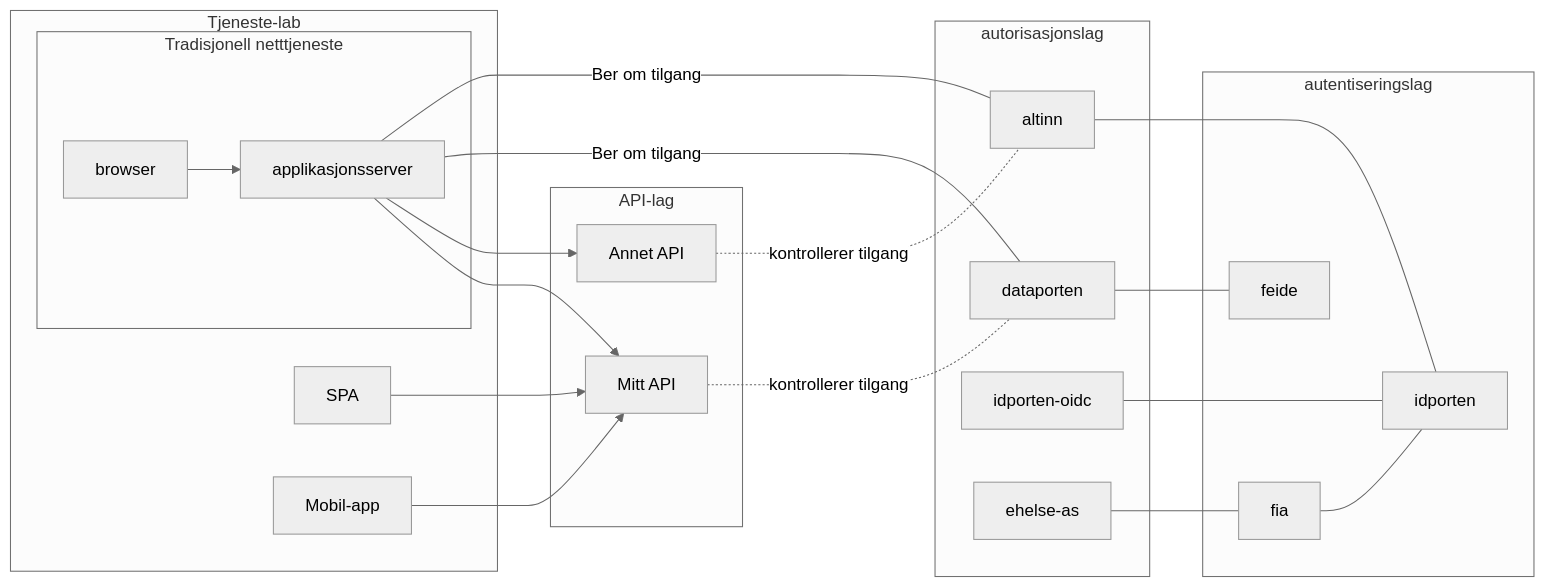
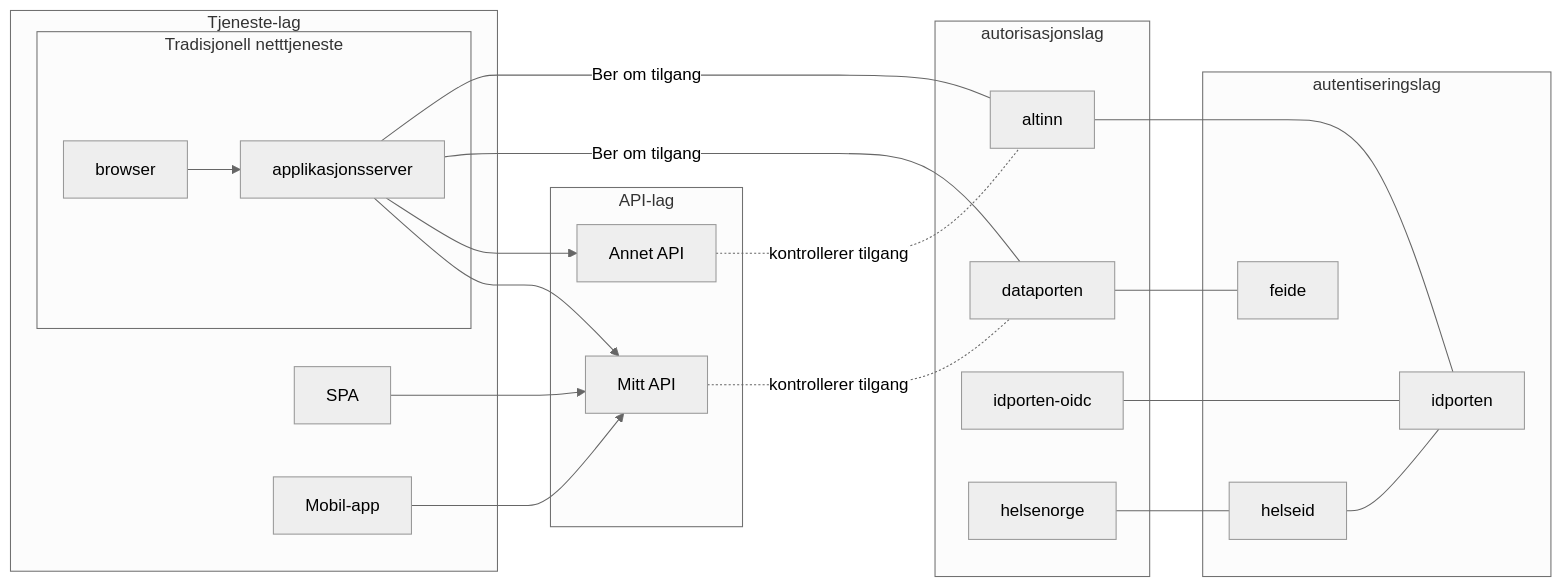
The diagram in pages/oauth2/eoppslag_sbb_oauth2.md (joergenb/oauth2-veileder), drawn with Mermaid (neutral theme) before and after one commit. The commit also changed other lines of this file and 1 other file, not shown here.

```diff
--- a/pages/oauth2/eoppslag_sbb_oauth2.md
+++ b/pages/oauth2/eoppslag_sbb_oauth2.md
@@ -15,49 +15,49 @@
 <div class="mermaid">
 graph LR
 
  subgraph autorisasjonslag
   dataporten
   altinn
   idporten-oidc
-  ehelse-as
+  helsenorge
  end
 
  subgraph API-lag
   mittapi["Mitt API"]
   dittapi["Annet API"]
 
   mittapi-. kontrollerer tilgang .- dataporten
   dittapi-. kontrollerer tilgang .- altinn
  end
 
- subgraph Tjeneste-lab
+ subgraph Tjeneste-lag
   subgraph Tradisjonell netttjeneste
     browser
     applikasjonsserver
     browser-->applikasjonsserver
   end
   SPA
   native["Mobil-app"]
 
   applikasjonsserver-->mittapi
   applikasjonsserver-->dittapi
   applikasjonsserver-- Ber om tilgang --- dataporten
   applikasjonsserver-- Ber om tilgang --- altinn
 
   SPA-->mittapi
   native-->mittapi
  end
 
  subgraph autentiseringslag
    idporten
    feide
-   fia
+   helseid
 
    idporten-oidc  --- idporten
    dataporten --- feide
    altinn --- idporten
-   ehelse-as --- fia
-   fia --- idporten
+   helsenorge --- helseid
+   helseid --- idporten
  end
 
 </div>
```
